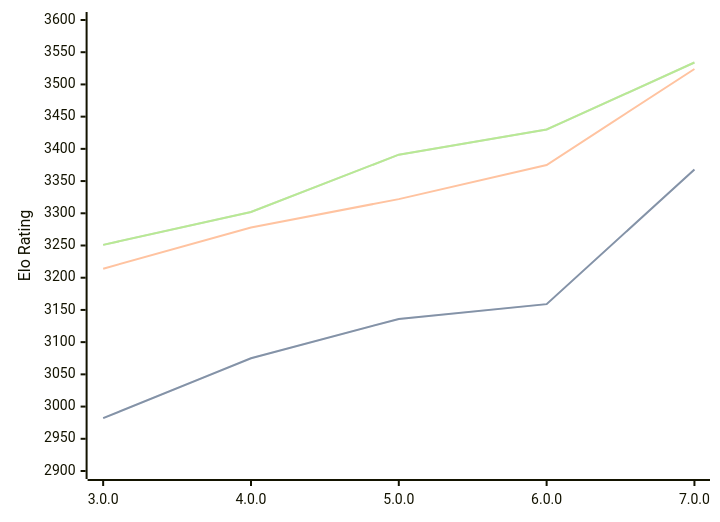
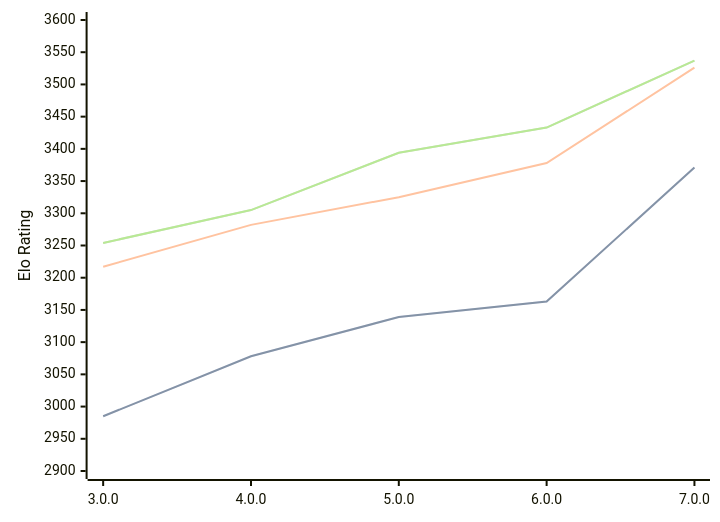
The diagram in engines/Minke.md (computer-chess-index/cci), drawn with Mermaid before and after one commit. The commit also changed other lines of this file, not shown here.

Commit message:
Update CCI Ratings (ELO VLTC) - 2026-09-24

````diff
--- a/engines/Minke.md
+++ b/engines/Minke.md
@@ -35,11 +35,11 @@
 ```mermaid
 %%{init: {"theme":"base","themeVariables":{"seriesColors:['#a3a3a3','#222221','#faa371']}}}%%
 xychart-beta
   x-axis ["3.0.0", "4.0.0", "5.0.0", "6.0.0", "7.0.0"]
   y-axis "Elo Rating" 2900 --> 3600
-  line "" [2982, 3075, 3136, 3159, 3368]
-  line "STC (8.0+0.08s)" [2982, 3075, 3136, 3159, 3368]
-  line "LTC (60.0+0.60s)" [3214, 3278, 3322, 3375, 3524]
-  line "" [3251, 3302, 3391, 3430, 3534]
-  line "VLTC (2m24s+1.12s)" [3251, 3302, 3391, 3430, 3534]
+  line "" [2985, 3078, 3139, 3163, 3371]
+  line "STC (8.0+0.08s)" [2985, 3078, 3139, 3163, 3371]
+  line "LTC (60.0+0.60s)" [3217, 3282, 3325, 3378, 3526]
+  line "" [3254, 3305, 3394, 3433, 3537]
+  line "VLTC (2m24s+1.12s)" [3254, 3305, 3394, 3433, 3537]
 ```
````
